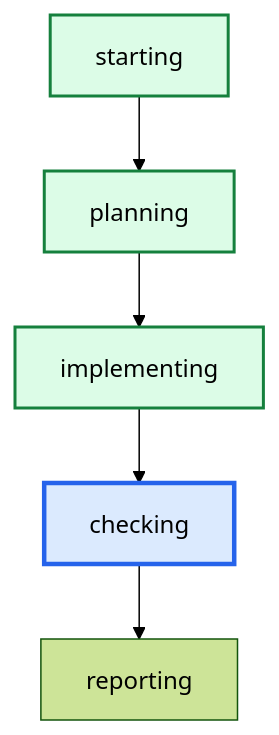
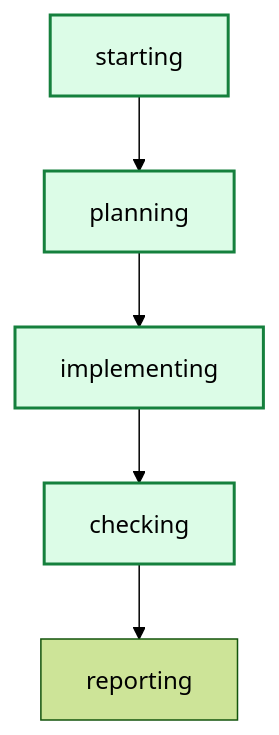
One commit to daniell0gda/hermes-feature-check-dashboard changed the diagram in latest/graph.mmd. Above: the diagram before and after it, drawn with Mermaid (forest theme). The commit also changed 28 other files, not shown here.

```diff
--- a/latest/graph.mmd
+++ b/latest/graph.mmd
@@ -1,13 +1,13 @@
 graph TD
     starting --> planning
     planning --> implementing
     implementing --> checking
     checking --> reporting
 
 classDef done fill:#dcfce7,stroke:#15803d,stroke-width:2px;
 classDef active fill:#dbeafe,stroke:#2563eb,stroke-width:3px;
 classDef failed fill:#fee2e2,stroke:#b42318,stroke-width:2px;
-class checking active;
-class implementing done;
+class checking done;
 class starting done;
 class planning done;
+class implementing done;
```
